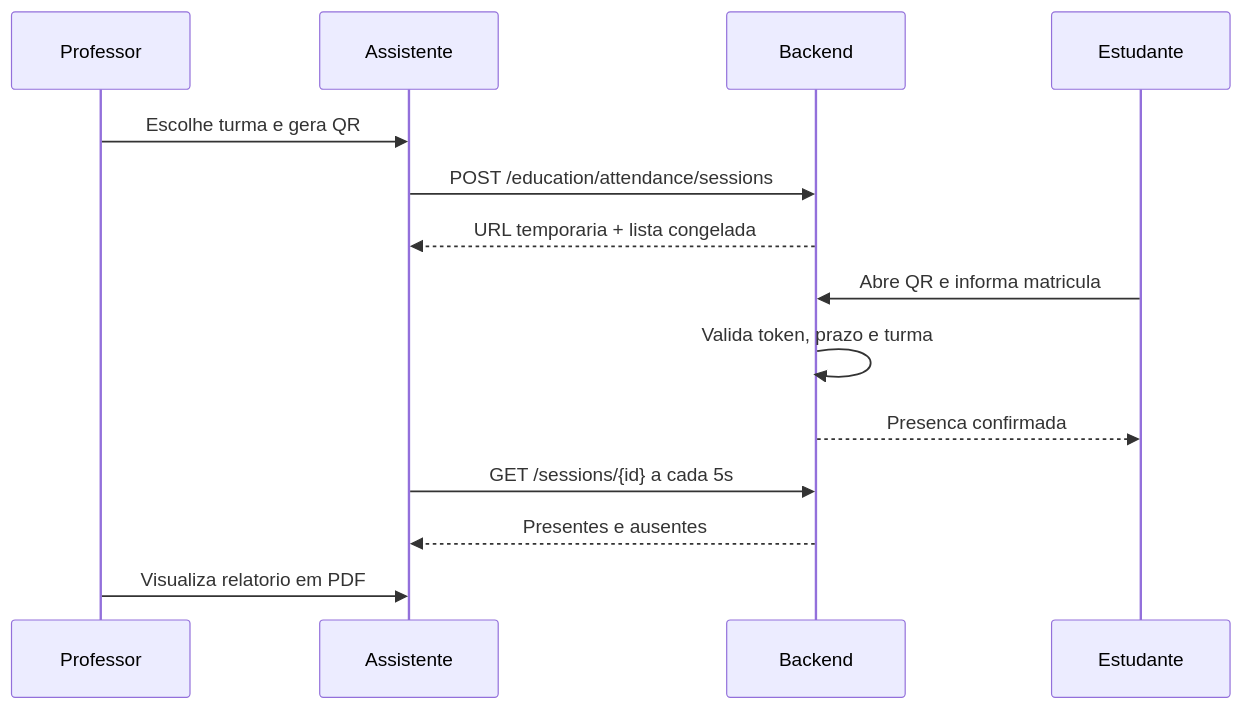
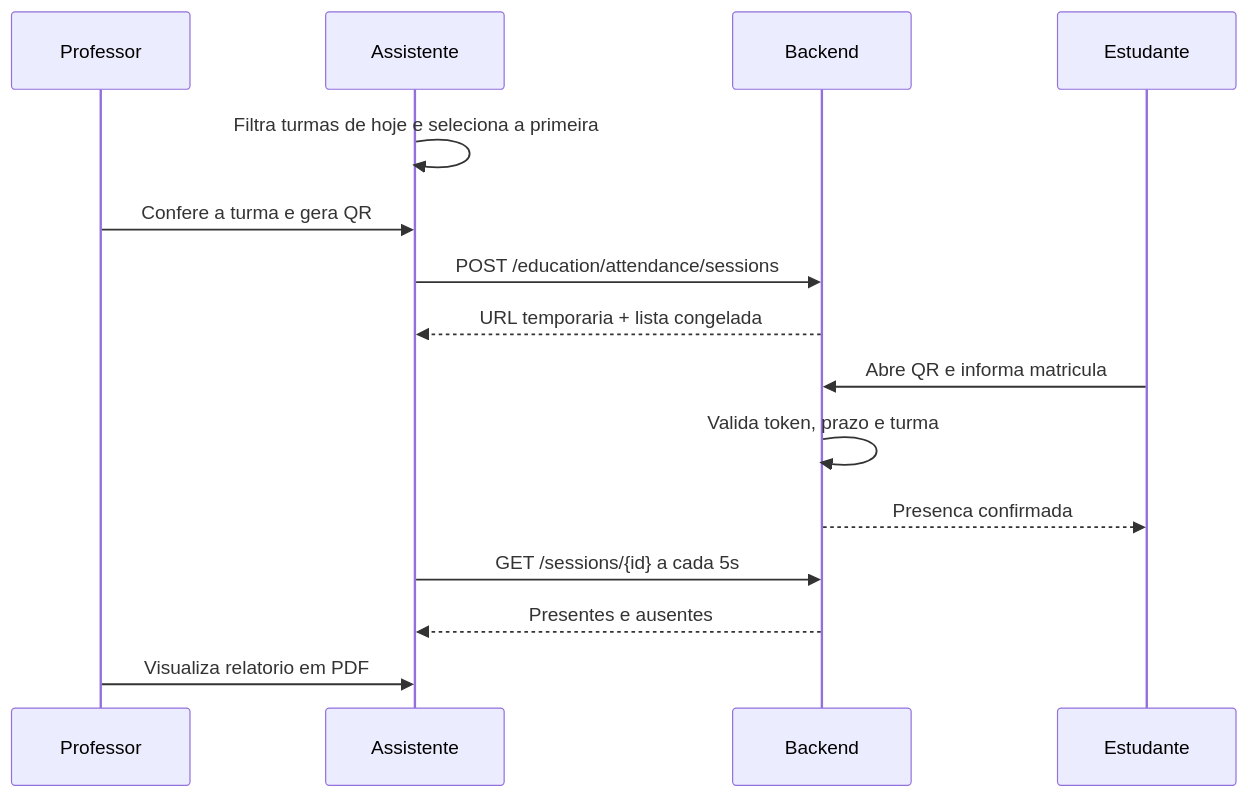
The seventh of 8 diagrams in README.md (m4n1nh0/assistant_app), drawn with Mermaid before and after one commit. The commit also changed other lines of this file and 14 other files, not shown here.

````diff
--- a/README.md
+++ b/README.md
@@ -479,16 +492,17 @@
 ```mermaid
 sequenceDiagram
     participant P as Professor
     participant A as Assistente
     participant B as Backend
     participant E as Estudante
-    P->>A: Escolhe turma e gera QR
+    A->>A: Filtra turmas de hoje e seleciona a primeira
+    P->>A: Confere a turma e gera QR
     A->>B: POST /education/attendance/sessions
     B-->>A: URL temporaria + lista congelada
     E->>B: Abre QR e informa matricula
     B->>B: Valida token, prazo e turma
     B-->>E: Presenca confirmada
     A->>B: GET /sessions/{id} a cada 5s
     B-->>A: Presentes e ausentes
     P->>A: Visualiza relatorio em PDF
 ```
````
